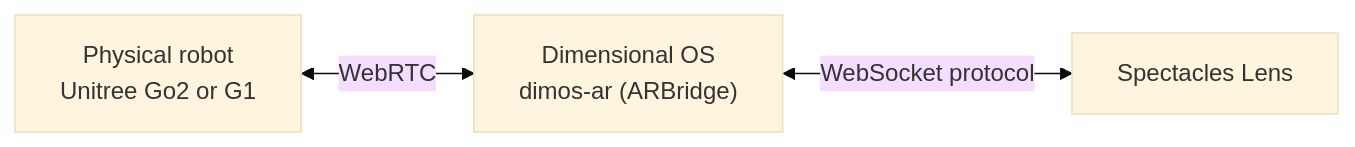
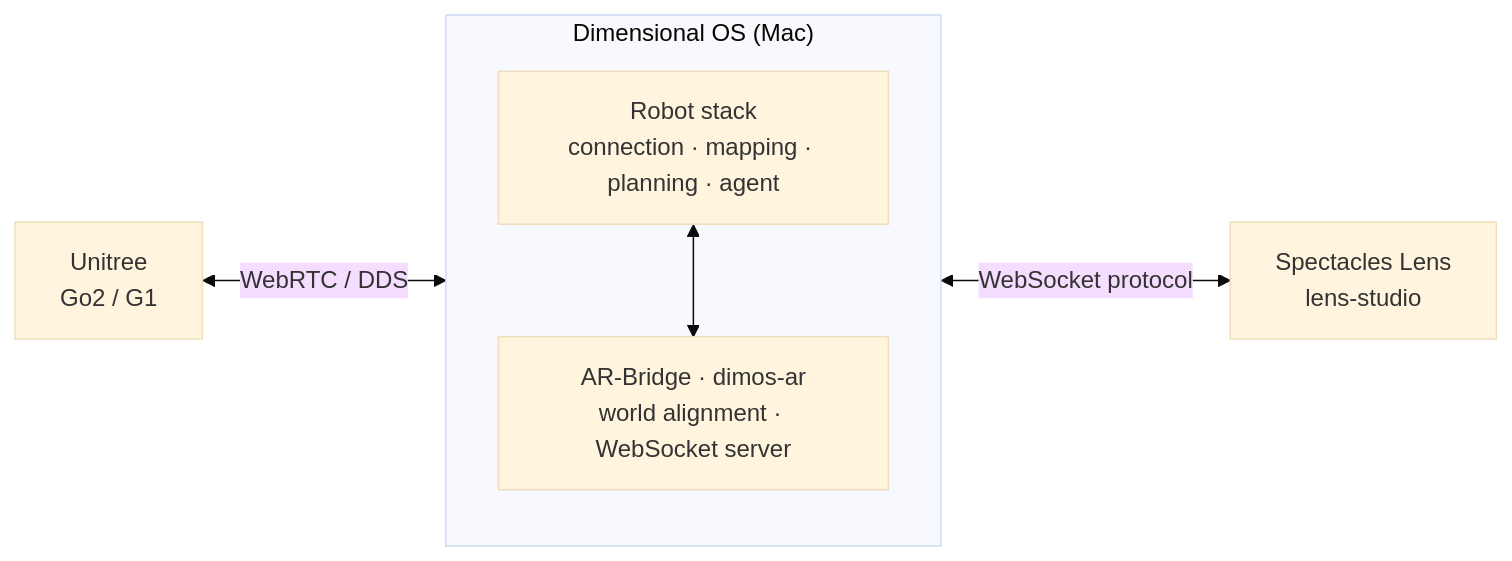
Before and after one commit to V4C38/spectacles-dimensional-os: the diagram in README.md, drawn with Mermaid (base theme). The commit also changed other lines of this file, not shown here.

First line of the commit message:
Rewrite README for clearer user-facing setup and architecture docs.

````diff
--- a/README.md
+++ b/README.md
@@ -153,5 +180,16 @@
 ```mermaid
 flowchart LR
-  Robot["Physical robot<br>Unitree Go2 or G1"] <-->|"WebRTC"| Bridge["Dimensional OS <br> dimos-ar (ARBridge)"]
-  Bridge <-->|"WebSocket protocol"| Lens["Spectacles Lens"]
+  Robot["Unitree<br>Go2 / G1"]
+
+  subgraph DimOS["Dimensional OS (Mac)"]
+    direction TB
+    Stack["Robot stack<br>connection · mapping · planning · agent"]
+    Bridge["AR-Bridge · dimos-ar<br>world alignment · WebSocket server"]
+    Stack <--> Bridge
+  end
+
+  Lens["Spectacles Lens<br>lens-studio"]
+
+  Robot <-->|"WebRTC / DDS"| Stack
+  Bridge <-->|"WebSocket protocol"| Lens
 ```
````
